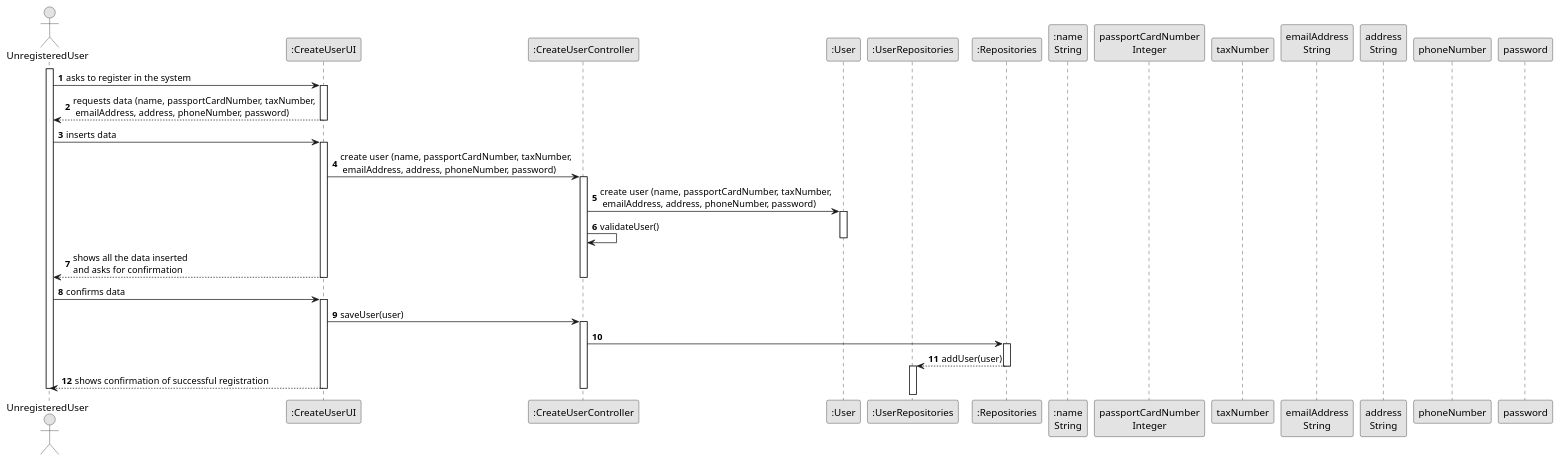
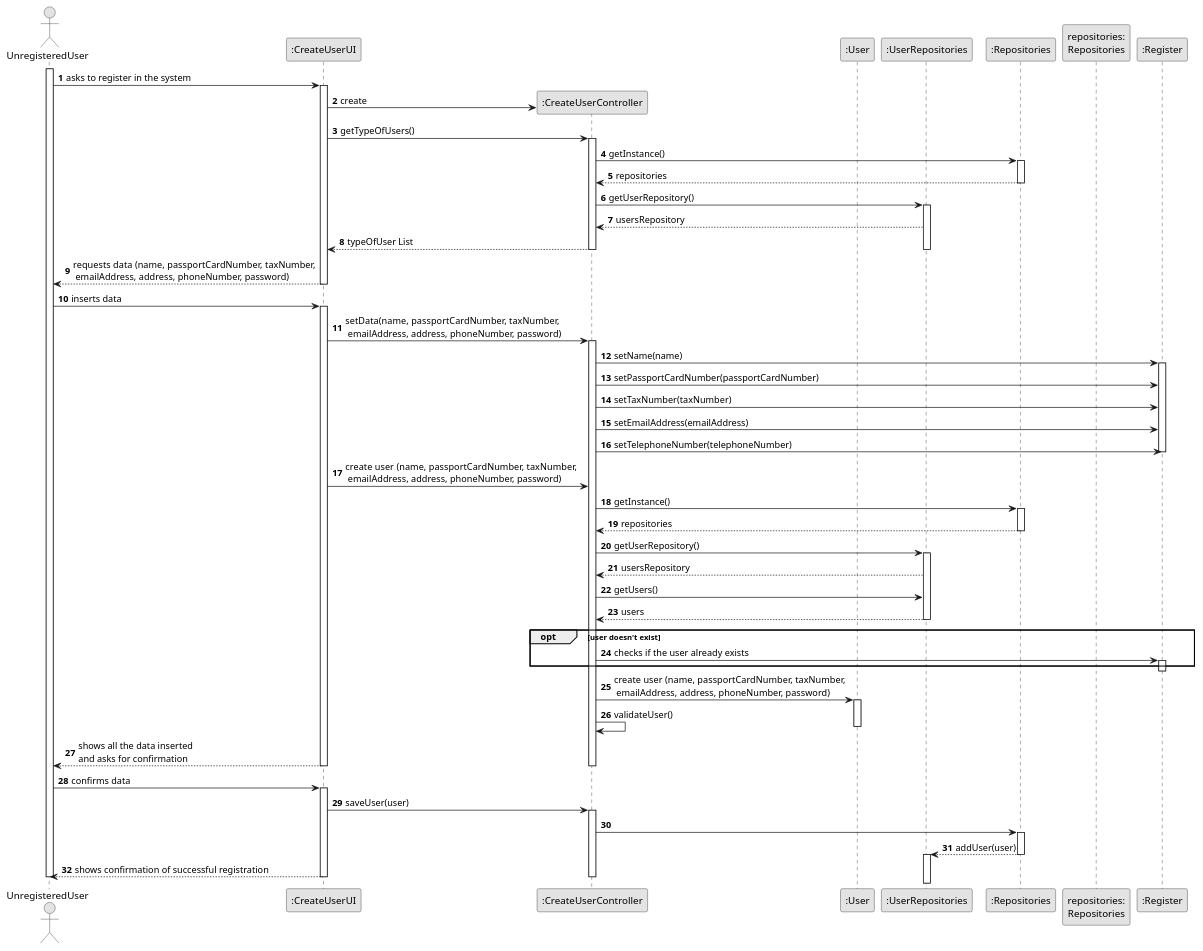
One commit to 1220812/LAPR2 changed the diagram in docs/sprintB/us007/03.design/puml/us007-sequence-diagram-full.puml. Above: the diagram before and after it, drawn with PlantUML. The commit also changed 8 other files, not shown here.

Commit message:
updates in the design of us 007, in the us 004 and the use case diagram

```diff
--- a/docs/sprintB/us007/03.design/puml/us007-sequence-diagram-full.puml
+++ b/docs/sprintB/us007/03.design/puml/us007-sequence-diagram-full.puml
@@ -1,71 +1,133 @@
 @startuml
 skinparam monochrome true
 skinparam packageStyle rectangle
 skinparam shadowing false
 
 autonumber
 
 'hide footbox
 actor "UnregisteredUser" as UU
 participant ":CreateUserUI" as UI
 participant ":CreateUserController" as CTRL
 participant ":User" as user
 participant ":UserRepositories" as UR
 participant ":Repositories" as R
-participant ":name\nString" as name
-participant "passportCardNumber\nInteger" as PCN
-participant "taxNumber" as T
-participant "emailAddress\nString" as EA
-participant "address\nString" as A
-participant "phoneNumber" as PN
-participant "password" as P
+participant "repositories:\nRepositories"
+participant ":Register" as RE
 
 activate UU
 
         UU -> UI : asks to register in the system
 
         activate UI
 
+        UI -> CTRL** : create
+
+        UI -> CTRL : getTypeOfUsers()
+
+        activate CTRL
+
+        CTRL -> R : getInstance()
+
+        activate R
+
+        R --> CTRL : repositories
+        deactivate R
+
+        CTRL -> UR : getUserRepository()
+        activate UR
+
+        UR --> CTRL : usersRepository
+
+        CTRL --> UI : typeOfUser List
+
+        deactivate UR
+
+        deactivate R
+        deactivate CTRL
+
             UI --> UU : requests data (name, passportCardNumber, taxNumber,\n emailAddress, address, phoneNumber, password)
 
     deactivate UI
     UU -> UI : inserts data
     activate UI
 
+    UI -> CTRL : setData(name, passportCardNumber, taxNumber,\n emailAddress, address, phoneNumber, password)
+    activate CTRL
+
+    CTRL -> RE : setName(name)
+    activate RE
+
+    CTRL -> RE : setPassportCardNumber(passportCardNumber)
+    CTRL -> RE : setTaxNumber(taxNumber)
+    CTRL -> RE : setEmailAddress(emailAddress)
+    CTRL -> RE : setTelephoneNumber(telephoneNumber)
+
+    deactivate RE
     UI -> CTRL : create user (name, passportCardNumber, taxNumber,\n emailAddress, address, phoneNumber, password)
-    activate CTRL
+
+            CTRL -> R : getInstance()
+
+            activate R
+
+            R --> CTRL : repositories
+            deactivate R
+
+            CTRL -> UR : getUserRepository()
+            activate UR
+
+            UR --> CTRL : usersRepository
+
+            CTRL -> UR : getUsers()
+
+            UR --> CTRL : users
+            deactivate UR
+            opt user doesn't exist
+
+            CTRL -> RE : checks if the user already exists
+
+            activate RE
+
+
+            end
+
+            deactivate RE
+
+
+
+
 
     CTRL -> user : create user (name, passportCardNumber, taxNumber,\n emailAddress, address, phoneNumber, password)
     activate user
     CTRL -> CTRL : validateUser()
 
     deactivate user
 
         UI --> UU : shows all the data inserted \nand asks for confirmation
         deactivate CTRL
     deactivate UI
 
     UU -> UI : confirms data
     activate UI
 
     UI -> CTRL : saveUser(user)
     activate CTRL
 
-    CTRL -> R
+    CTRL -> R :
 
     activate R
 
     R --> UR : addUser(user)
     deactivate R
     activate UR
 
     deactivate UR
 
     deactivate R
         UI --> UU : shows confirmation of successful registration
         deactivate CTRL
     deactivate UI
 
 deactivate UU
 
 @enduml
```
